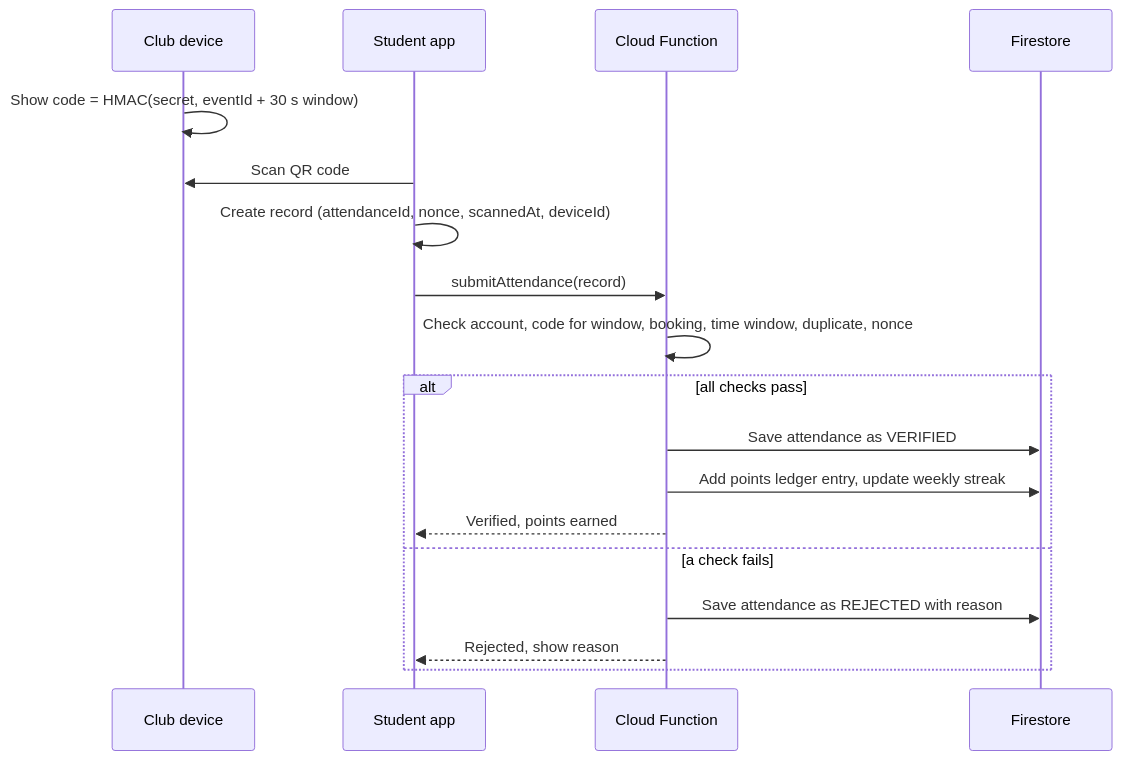
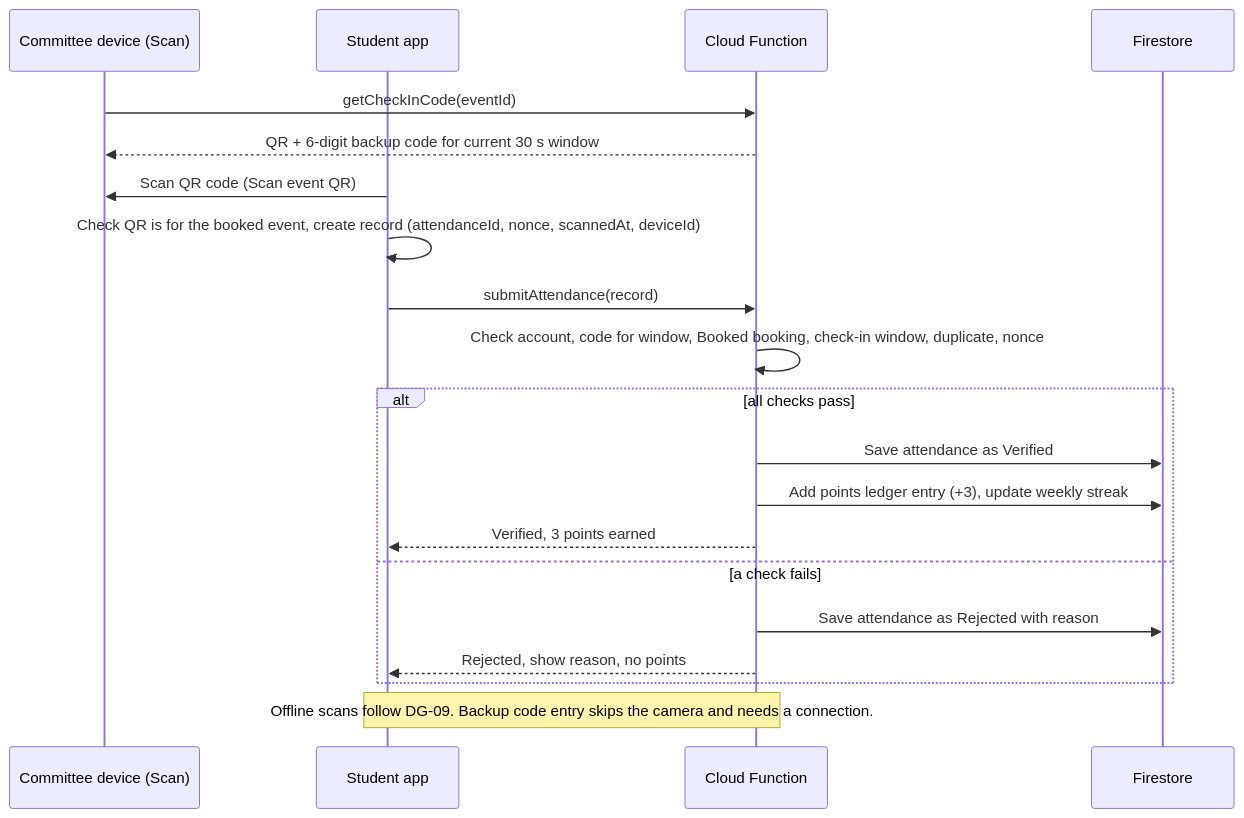
Before and after one commit to k31k1w0n9/Group-M-sCPD-Tracker: the eighth of 9 diagrams in README.md, drawn with Mermaid. The commit also changed other lines of this file, not shown here.

First line of the commit message:
Revise technical design and attendance processes in README

````diff
--- a/README.md
+++ b/README.md
@@ -304,20 +514,22 @@
 ```mermaid
 sequenceDiagram
-  participant C as Club device
+  participant C as Committee device (Scan)
   participant S as Student app
   participant F as Cloud Function
   participant DB as Firestore
-  C->>C: Show code = HMAC(secret, eventId + 30 s window)
-  S->>C: Scan QR code
-  S->>S: Create record (attendanceId, nonce, scannedAt, deviceId)
+  C->>F: getCheckInCode(eventId)
+  F-->>C: QR + 6-digit backup code for current 30 s window
+  S->>C: Scan QR code (Scan event QR)
+  S->>S: Check QR is for the booked event, create record (attendanceId, nonce, scannedAt, deviceId)
   S->>F: submitAttendance(record)
-  F->>F: Check account, code for window, booking, time window, duplicate, nonce
+  F->>F: Check account, code for window, Booked booking, check-in window, duplicate, nonce
   alt all checks pass
-    F->>DB: Save attendance as VERIFIED
-    F->>DB: Add points ledger entry, update weekly streak
-    F-->>S: Verified, points earned
+    F->>DB: Save attendance as Verified
+    F->>DB: Add points ledger entry (+3), update weekly streak
+    F-->>S: Verified, 3 points earned
   else a check fails
-    F->>DB: Save attendance as REJECTED with reason
-    F-->>S: Rejected, show reason
+    F->>DB: Save attendance as Rejected with reason
+    F-->>S: Rejected, show reason, no points
   end
+  Note over S,F: Offline scans follow DG-09. Backup code entry skips the camera and needs a connection.
 ```
````
